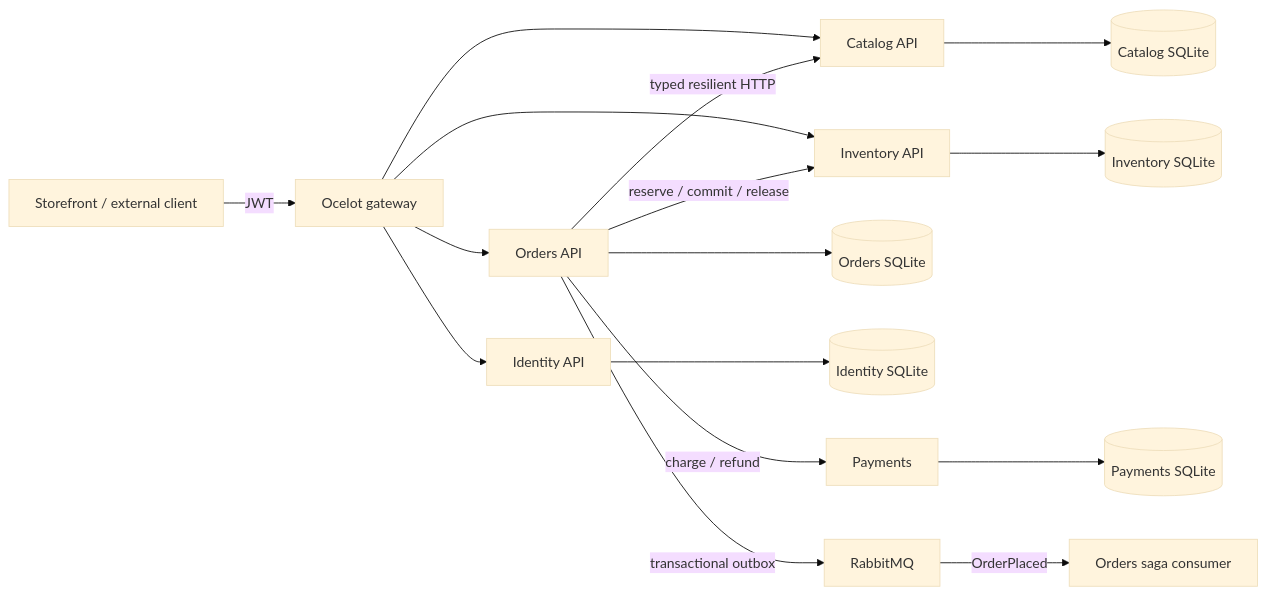
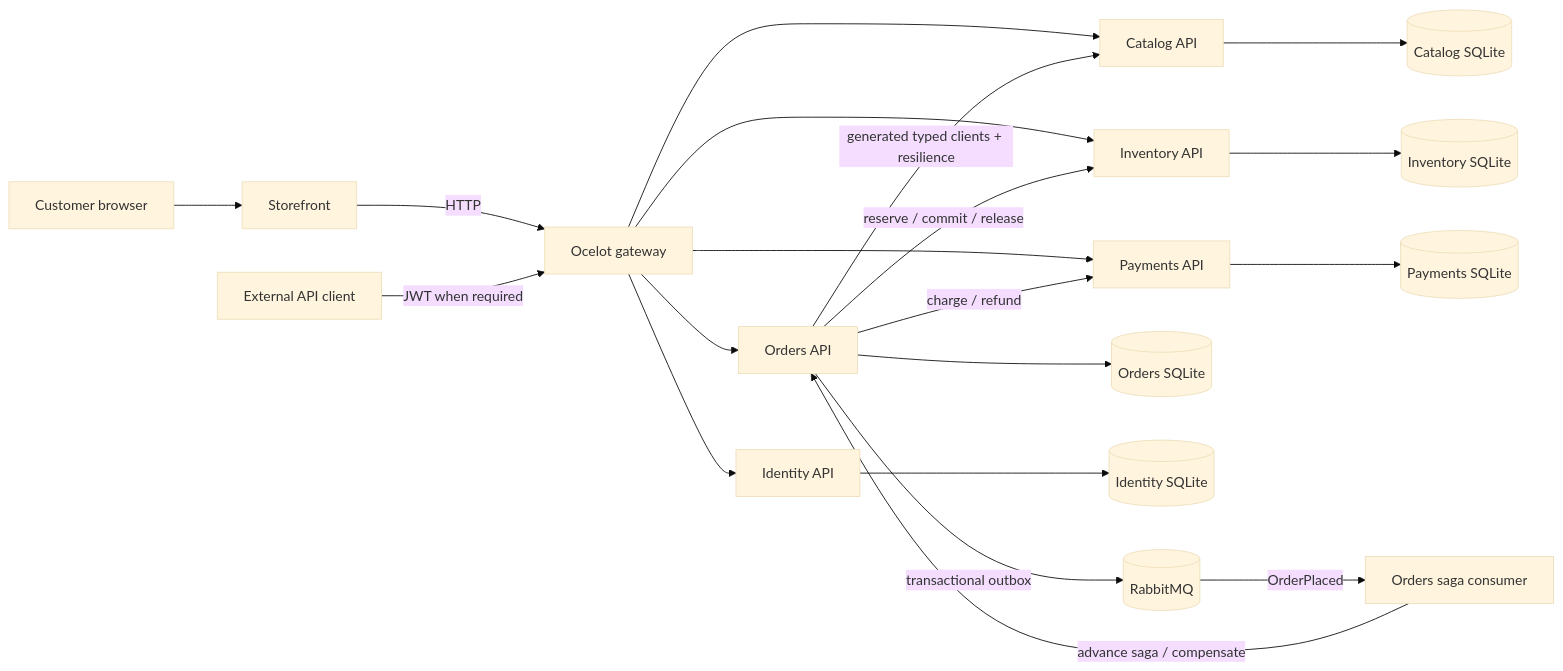
One commit to raphaelmatthewjoaquin-117/capstone-finals changed the diagram in README.md. Above: the diagram before and after it, drawn with Mermaid (base theme). The commit also changed other lines of this file and 3 other files, not shown here.

````diff
--- a/README.md
+++ b/README.md
@@ -5,18 +5,22 @@
 ```mermaid
 flowchart LR
-    Browser[Storefront / external client] -->|JWT| Gateway[Ocelot gateway]
+    Browser[Customer browser] --> Storefront[Storefront]
+    Storefront -->|HTTP| Gateway[Ocelot gateway]
+    Client[External API client] -->|JWT when required| Gateway
     Gateway --> Identity[Identity API]
     Gateway --> Catalog[Catalog API]
+    Gateway --> Orders[Orders API]
     Gateway --> Inventory[Inventory API]
-    Gateway --> Orders[Orders API]
+    Gateway --> Payments[Payments API]
     Catalog --> CatalogDb[(Catalog SQLite)]
     Inventory --> InventoryDb[(Inventory SQLite)]
     Orders --> OrdersDb[(Orders SQLite)]
     Identity --> IdentityDb[(Identity SQLite)]
     Payments --> PaymentsDb[(Payments SQLite)]
-    Orders -->|typed resilient HTTP| Catalog
+    Orders -->|generated typed clients + resilience| Catalog
     Orders -->|reserve / commit / release| Inventory
     Orders -->|charge / refund| Payments
-    Orders -->|transactional outbox| Broker[RabbitMQ]
-    Broker -->|OrderPlaced| OrderWorker[Orders saga consumer]
+    Orders -->|transactional outbox| Broker[(RabbitMQ)]
+    Broker -->|OrderPlaced| Consumer[Orders saga consumer]
+    Consumer -->|advance saga / compensate| Orders
 ```
````
